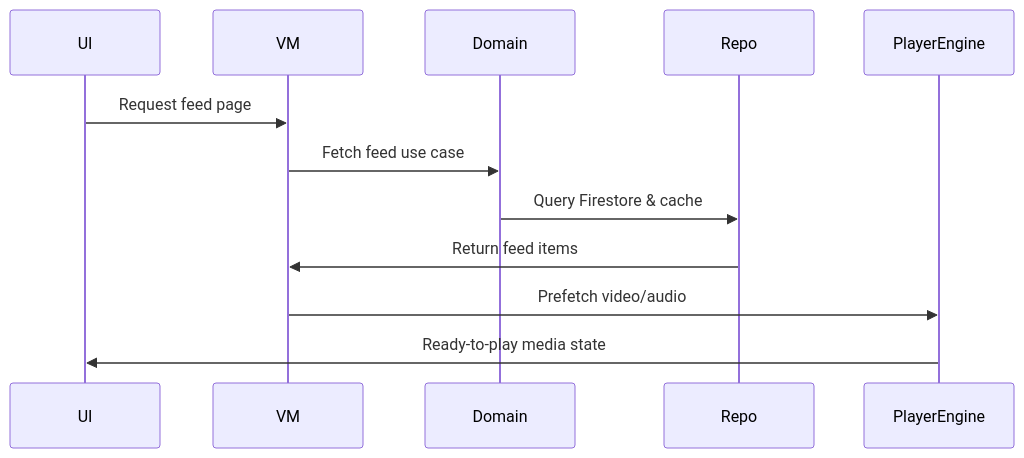
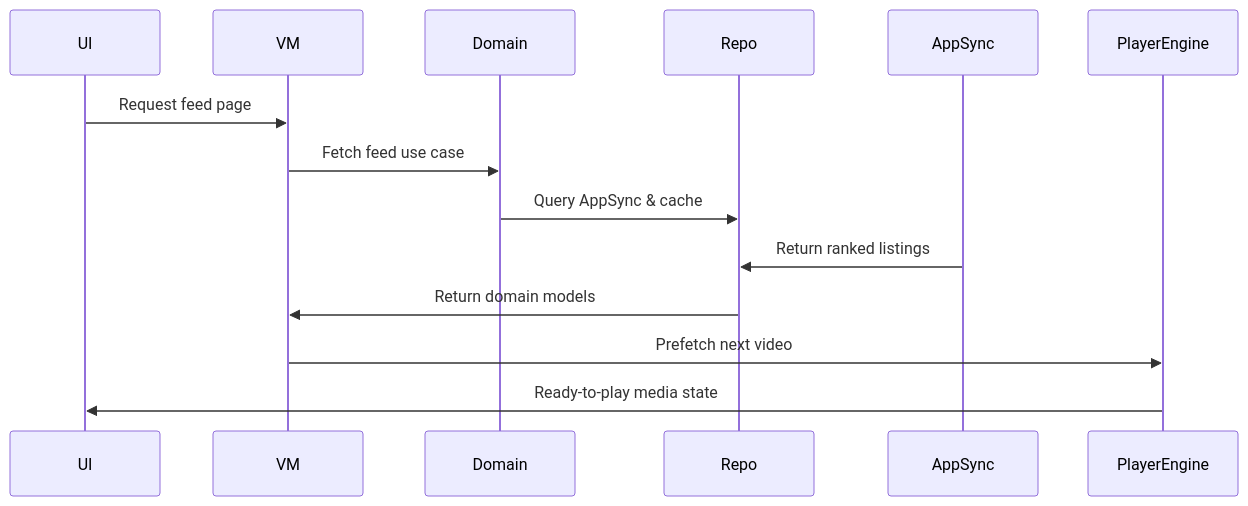
The first of 3 diagrams in docs/ENGINEERING.md (harrykibet/RealEstateApp-Android), drawn with Mermaid before and after one commit. The commit also changed other lines of this file and 7 other files, not shown here.

````diff
--- a/docs/ENGINEERING.md
+++ b/docs/ENGINEERING.md
@@ -54,15 +49,17 @@
 ```mermaid
 sequenceDiagram
     participant UI
     participant VM
     participant Domain
     participant Repo
+    participant AppSync
     participant PlayerEngine
 
     UI->>VM: Request feed page
     VM->>Domain: Fetch feed use case
-    Domain->>Repo: Query Firestore & cache
-    Repo->>VM: Return feed items
-    VM->>PlayerEngine: Prefetch video/audio
+    Domain->>Repo: Query AppSync & cache
+    AppSync->>Repo: Return ranked listings
+    Repo->>VM: Return domain models
+    VM->>PlayerEngine: Prefetch next video
     PlayerEngine->>UI: Ready-to-play media state
 ```
````
